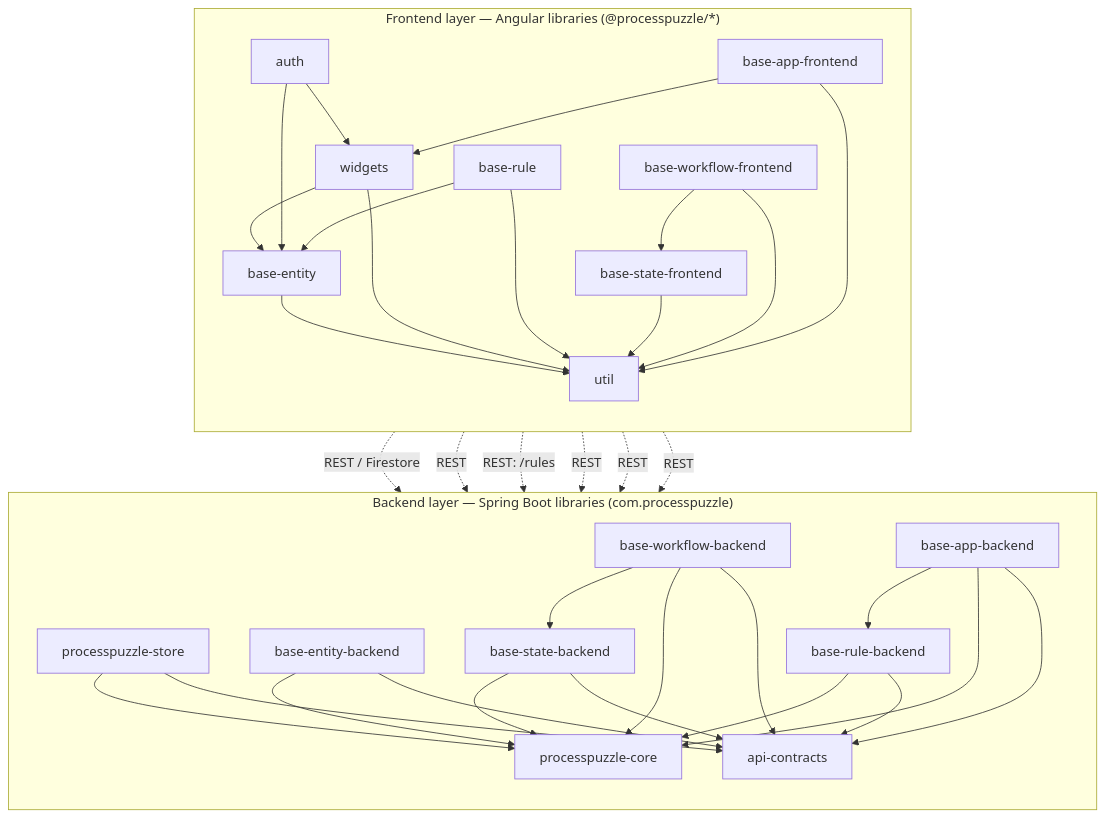
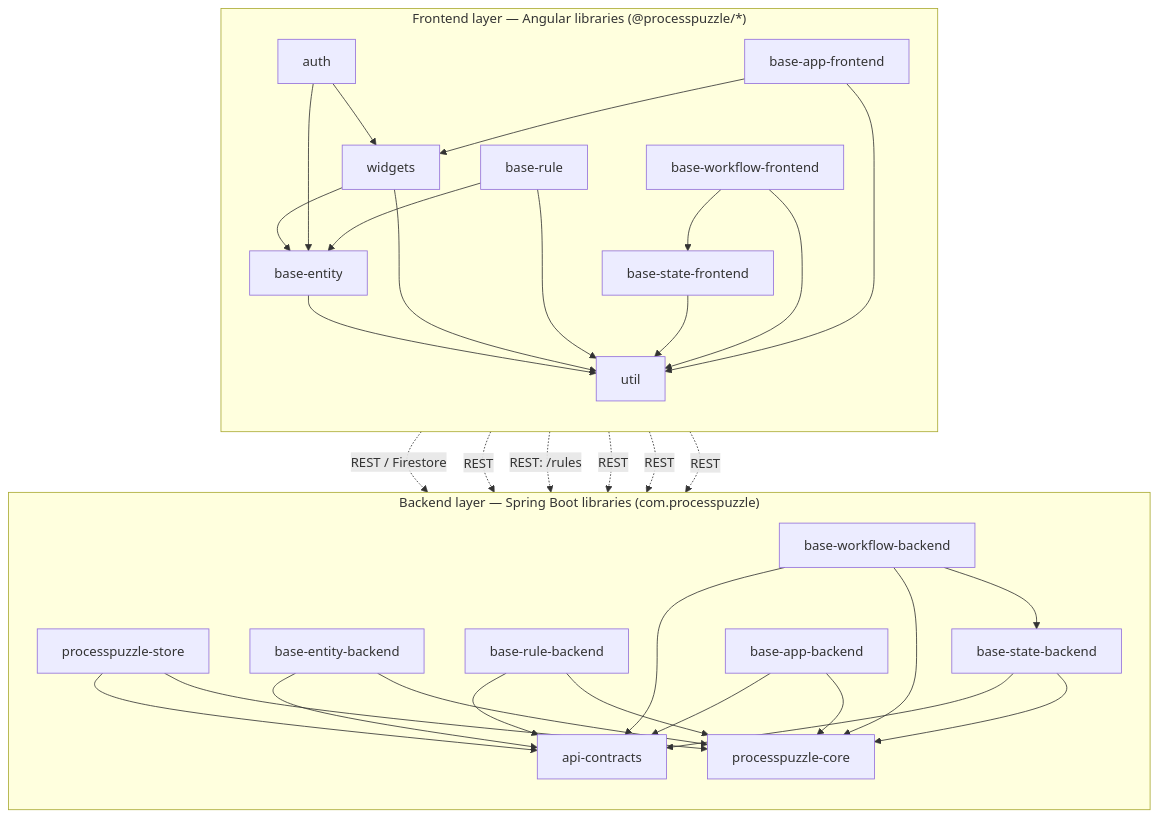
The first of 3 diagrams in README.md (ZsZs/processpuzzle), drawn with Mermaid before and after one commit. The commit also changed other lines of this file and 49 other files, not shown here.

````diff
--- a/README.md
+++ b/README.md
@@ -48,61 +48,60 @@
 ```mermaid
 graph TD
   subgraph FE["Frontend layer — Angular libraries (@processpuzzle/*)"]
     direction TB
     util[util]
     widgets[widgets]
     auth[auth]
     entityFE[base-entity]
     ruleFE[base-rule]
     stateFE[base-state-frontend]
     workflowFE[base-workflow-frontend]
     appFE[base-app-frontend]
 
     entityFE --> util
     widgets --> entityFE
     widgets --> util
     auth --> entityFE
     auth --> widgets
     ruleFE --> entityFE
     ruleFE --> util
     stateFE --> util
     workflowFE --> stateFE
     workflowFE --> util
     appFE --> widgets
     appFE --> util
   end
 
   subgraph BE["Backend layer — Spring Boot libraries (com.processpuzzle)"]
     direction TB
     core[processpuzzle-core]
     contracts[api-contracts]
     store[processpuzzle-store]
     entityBE[base-entity-backend]
     ruleBE[base-rule-backend]
     stateBE[base-state-backend]
     workflowBE[base-workflow-backend]
     appBE[base-app-backend]
 
     store --> core
     store --> contracts
     entityBE --> core
     entityBE --> contracts
     ruleBE --> core
     ruleBE --> contracts
     stateBE --> core
     stateBE --> contracts
     workflowBE --> stateBE
     workflowBE --> core
     workflowBE --> contracts
-    appBE --> ruleBE
     appBE --> core
     appBE --> contracts
   end
 
   entityFE -. "REST / Firestore" .-> store
   entityFE -. REST .-> entityBE
   ruleFE -. "REST: /rules" .-> ruleBE
   stateFE -. REST .-> stateBE
   workflowFE -. REST .-> workflowBE
   appFE -. REST .-> appBE
 ```
````
